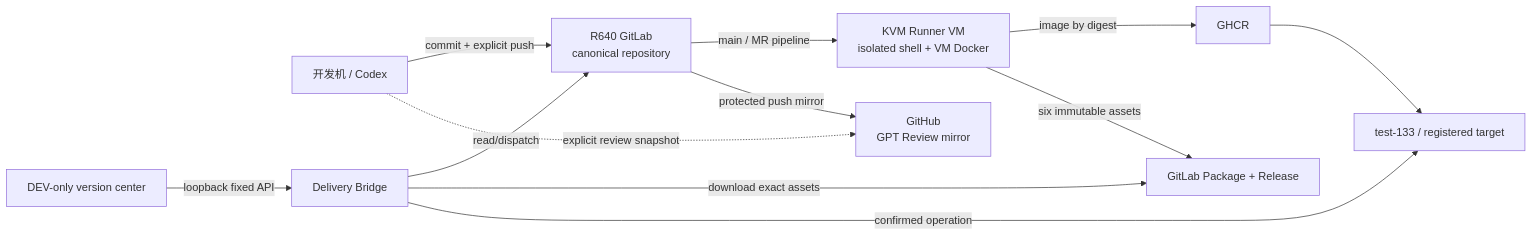
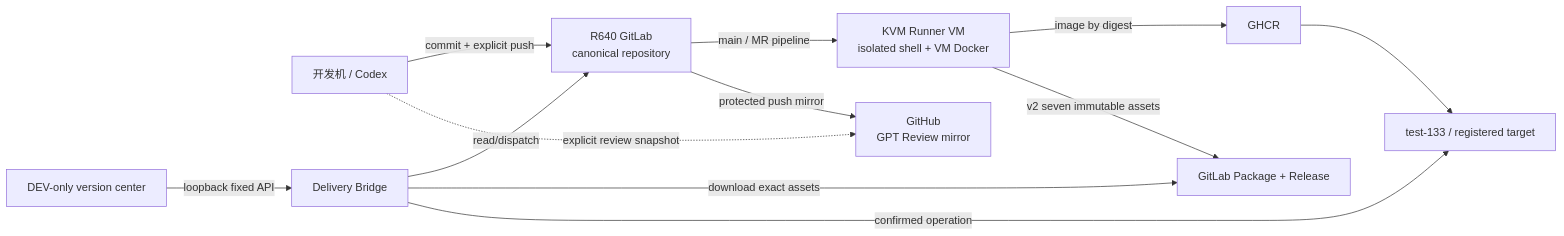
The diagram in docs/engineering/研发效能工作台与CI-CD设计.md (saurick/plush-toy-erp), drawn with Mermaid before and after one commit. The commit also changed other lines of this file and 48 other files, not shown here.

````diff
--- a/docs/engineering/研发效能工作台与CI-CD设计.md
+++ b/docs/engineering/研发效能工作台与CI-CD设计.md
@@ -15,14 +15,14 @@
 ```mermaid
 flowchart LR
   L["开发机 / Codex"] -->|commit + explicit push| G["R640 GitLab<br/>canonical repository"]
   L -.->|explicit review snapshot| H
   G -->|main / MR pipeline| R["KVM Runner VM<br/>isolated shell + VM Docker"]
   G -->|protected push mirror| H["GitHub<br/>GPT Review mirror"]
   R -->|image by digest| C["GHCR"]
-  R -->|six immutable assets| P["GitLab Package + Release"]
+  R -->|v2 seven immutable assets| P["GitLab Package + Release"]
   W["DEV-only version center"] -->|loopback fixed API| B["Delivery Bridge"]
   B -->|read/dispatch| G
   B -->|download exact assets| P
   B -->|confirmed operation| T["test-133 / registered target"]
   C --> T
 ```
````
